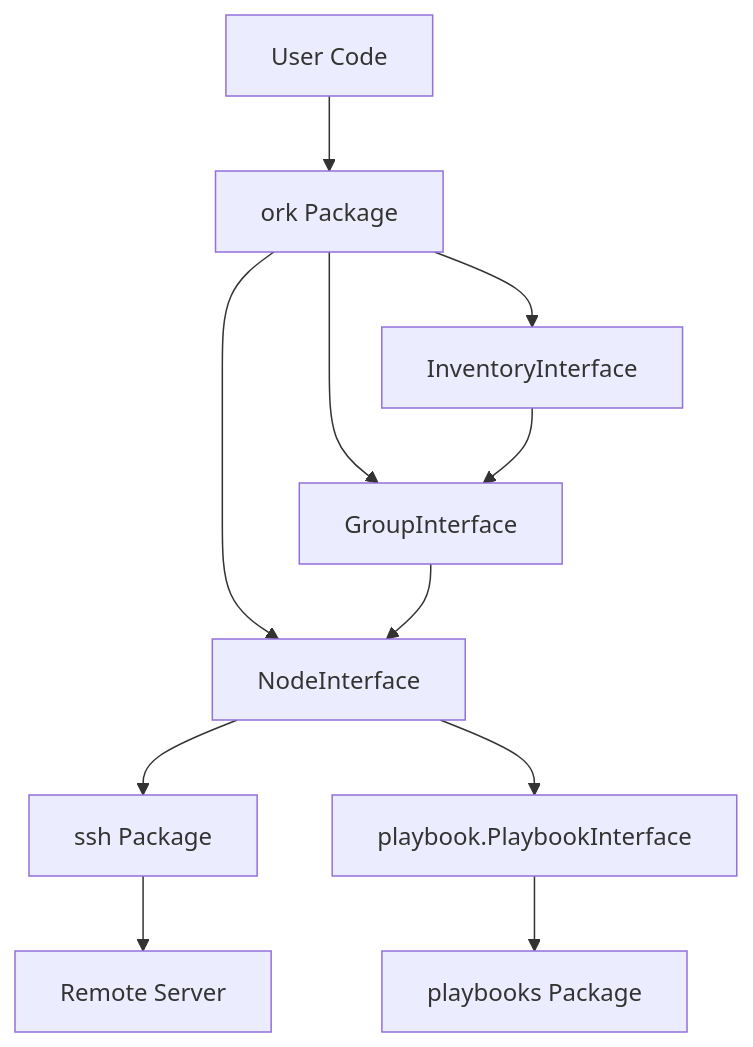
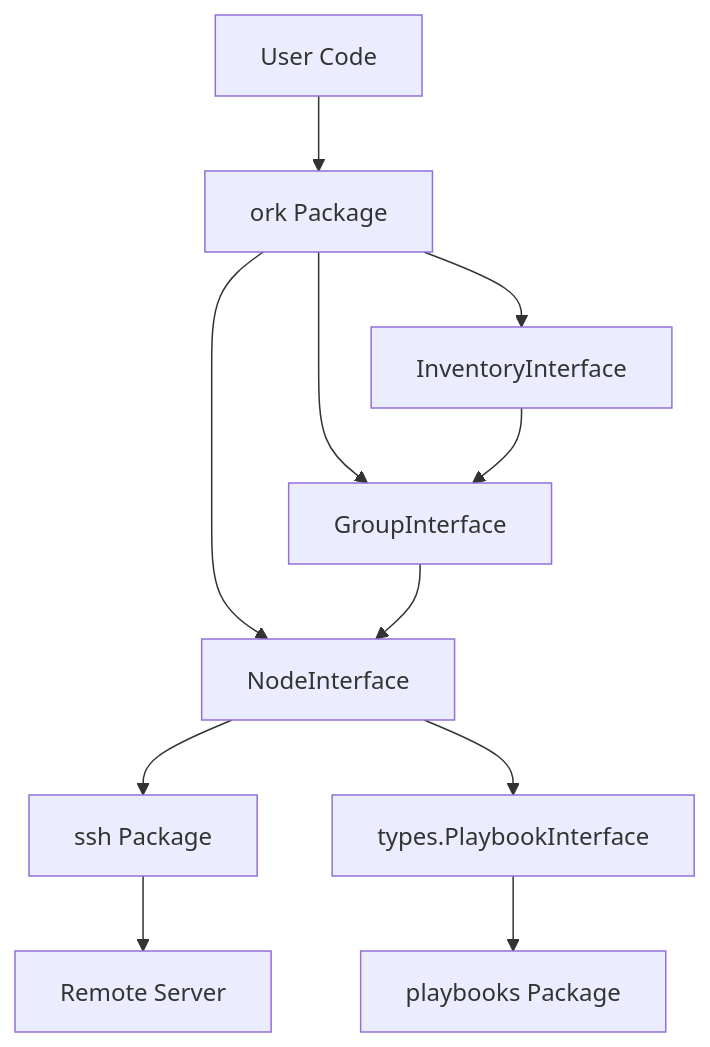
One commit to dracory/ork changed the diagram in docs/livewiki/README.md. Above: the diagram before and after it, drawn with Mermaid. The commit also changed other lines of this file and 94 other files, not shown here.

````diff
--- a/docs/livewiki/README.md
+++ b/docs/livewiki/README.md
@@ -33,13 +33,13 @@
 ```mermaid
 graph TD
     A[User Code] --> B[ork Package]
     B --> C[NodeInterface]
     B --> D[GroupInterface]
     B --> E[InventoryInterface]
     C --> F[ssh Package]
     D --> C
     E --> D
     F --> G[Remote Server]
-    C --> H[playbook.PlaybookInterface]
+    C --> H[types.PlaybookInterface]
     H --> I[playbooks Package]
 ```
````
